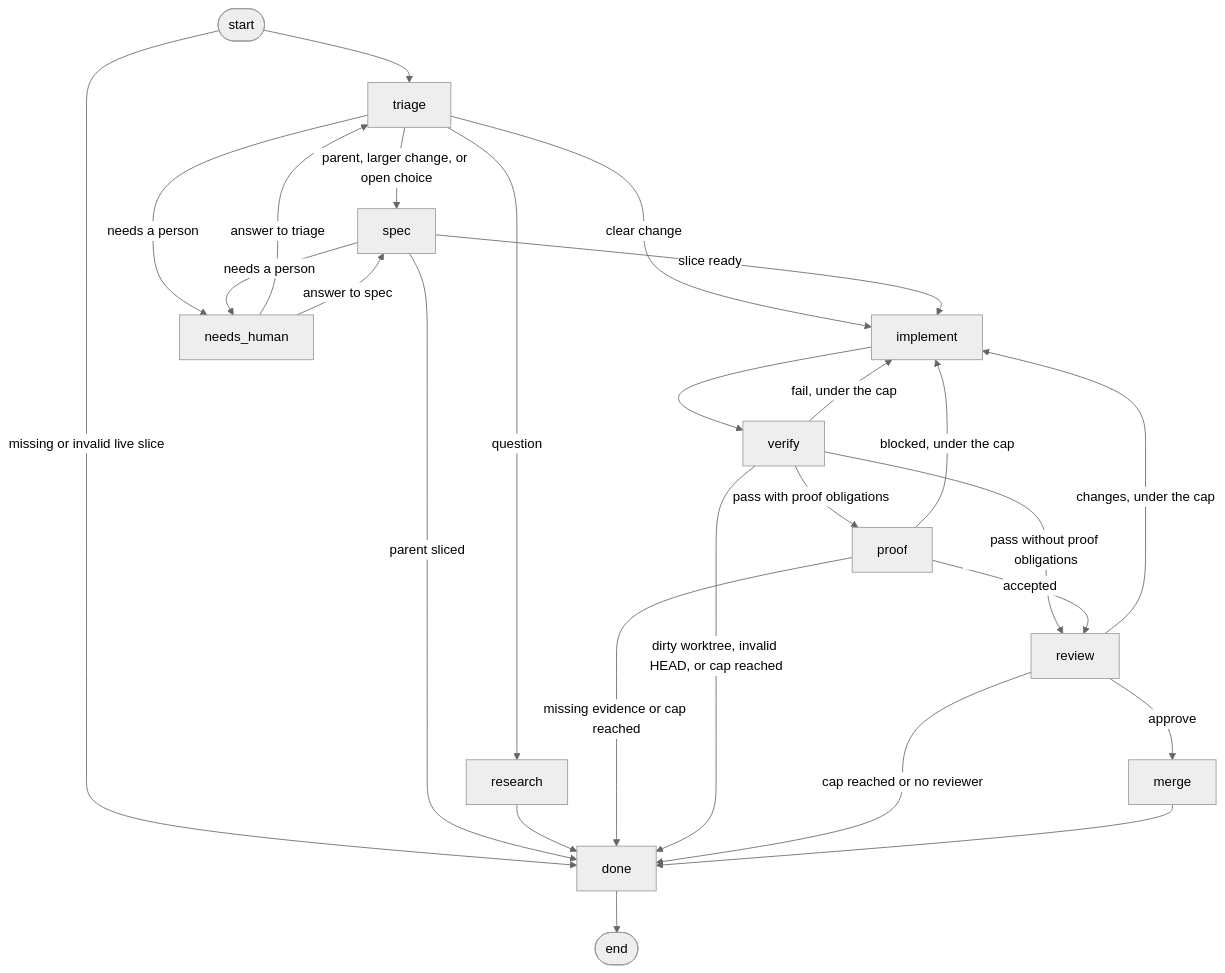
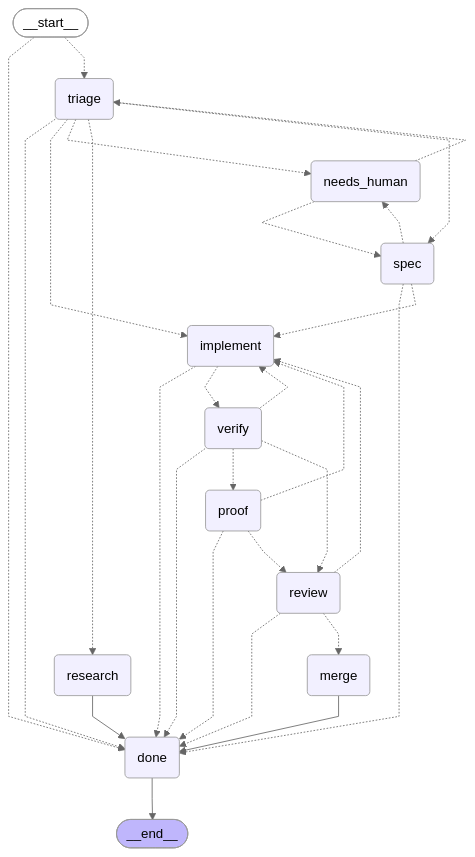
The diagram in README.md (bookout-labs/tools), drawn with Mermaid (neutral theme) before and after one commit. The commit also changed other lines of this file and 16 other files, not shown here.

````diff
--- a/README.md
+++ b/README.md
@@ -9,28 +9,51 @@
 ```mermaid
-flowchart TD
-  __start__([start]) --> triage
-  __start__ -->|missing or invalid live slice| done
-  triage -->|clear change| implement
-  triage -->|parent, larger change, or open choice| spec
-  triage -->|question| research
-  triage -->|needs a person| needs_human
-  needs_human -->|answer to triage| triage
-  needs_human -->|answer to spec| spec
-  spec -->|slice ready| implement
-  spec -->|needs a person| needs_human
-  spec -->|parent sliced| done
-  research --> done
-  implement --> verify
-  verify -->|pass with proof obligations| proof
-  verify -->|pass without proof obligations| review
-  proof -->|accepted| review
-  proof -->|blocked, under the cap| implement
-  proof -->|missing evidence or cap reached| done
-  verify -->|fail, under the cap| implement
-  verify -->|dirty worktree, invalid HEAD, or cap reached| done
-  review -->|approve| merge
-  review -->|changes, under the cap| implement
-  review -->|cap reached or no reviewer| done
-  merge --> done
-  done --> __end__([end])
+---
+config:
+  flowchart:
+    curve: linear
+---
+graph TD;
+	__start__([<p>__start__</p>]):::first
+	triage(triage)
+	research(research)
+	spec(spec)
+	implement(implement)
+	verify(verify)
+	review(review)
+	proof(proof)
+	needs_human(needs_human)
+	merge(merge)
+	done(done)
+	__end__([<p>__end__</p>]):::last
+	__start__ -.-> done;
+	__start__ -.-> triage;
+	implement -.-> done;
+	implement -.-> verify;
+	merge --> done;
+	needs_human -.-> spec;
+	needs_human -.-> triage;
+	proof -.-> done;
+	proof -.-> implement;
+	proof -.-> review;
+	research --> done;
+	review -.-> done;
+	review -.-> implement;
+	review -.-> merge;
+	spec -.-> done;
+	spec -.-> implement;
+	spec -.-> needs_human;
+	triage -.-> done;
+	triage -.-> implement;
+	triage -.-> needs_human;
+	triage -.-> research;
+	triage -.-> spec;
+	verify -.-> done;
+	verify -.-> implement;
+	verify -.-> proof;
+	verify -.-> review;
+	done --> __end__;
+	classDef default fill:#f2f0ff,line-height:1.2
+	classDef first fill-opacity:0
+	classDef last fill:#bfb6fc
+
 ```
````
